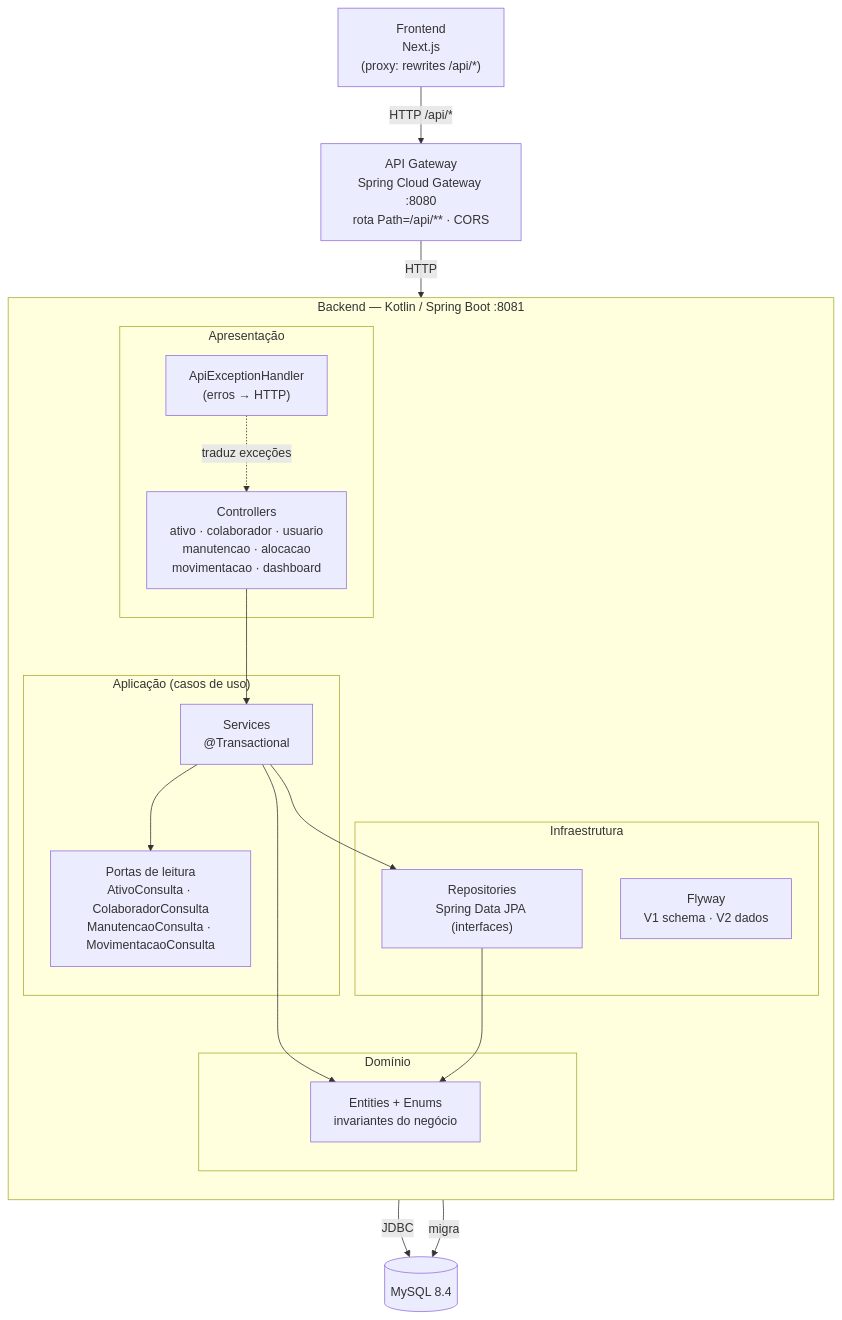
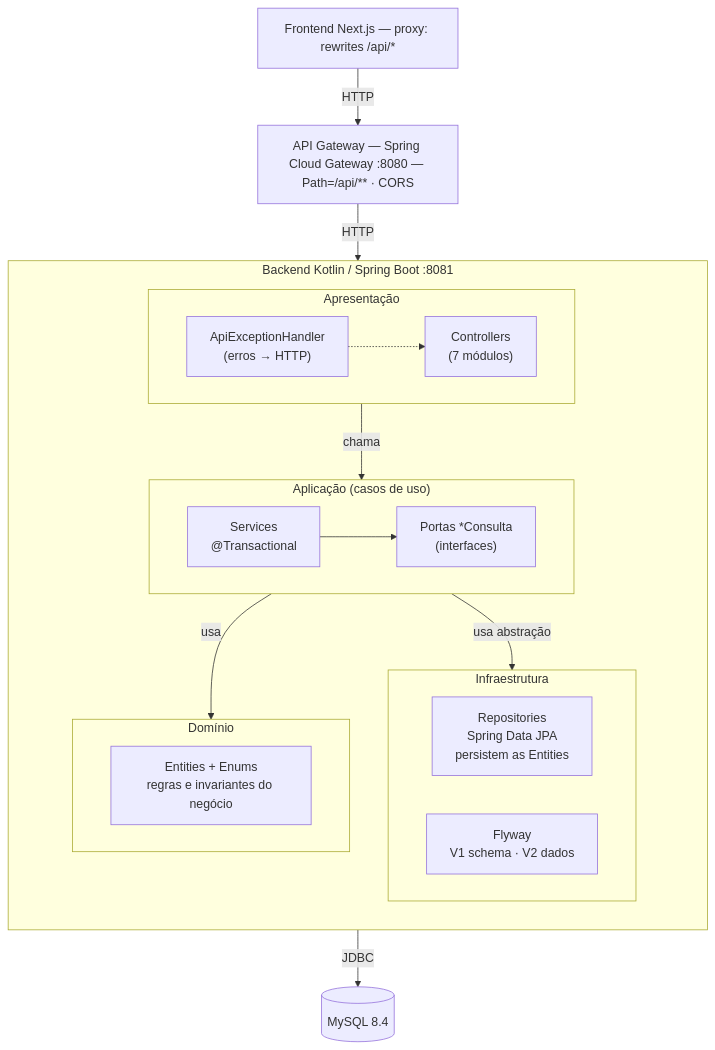
The third of 4 diagrams in docs/tde2/diagramas/diagramas-backend.md (FabioVisentainer/ativos-ti-pjbl), drawn with Mermaid before and after one commit.

Commit message:
docs: reorganiza os diagramas de camadas e de módulos para melhor legibilidade
Claude-Session: https://claude.ai/code/session_01AC9rKMySCP7XMCfU6qU1MM

````diff
--- a/docs/tde2/diagramas/diagramas-backend.md
+++ b/docs/tde2/diagramas/diagramas-backend.md
@@ -272,37 +272,39 @@
 ```mermaid
 flowchart TB
-    FE["Frontend<br/>Next.js<br/>(proxy: rewrites /api/*)"]
-    GW["API Gateway<br/>Spring Cloud Gateway :8080<br/>rota Path=/api/** · CORS"]
+    FE["Frontend Next.js — proxy: rewrites /api/*"]
+    GW["API Gateway — Spring Cloud Gateway :8080 — Path=/api/** · CORS"]
 
-    subgraph BE["Backend — Kotlin / Spring Boot :8081"]
+    subgraph BE["Backend Kotlin / Spring Boot :8081"]
         direction TB
         subgraph PRES["Apresentação"]
-            CTRL["Controllers<br/>ativo · colaborador · usuario<br/>manutencao · alocacao<br/>movimentacao · dashboard"]
+            direction LR
+            CTRL["Controllers<br/>(7 módulos)"]
             EXH["ApiExceptionHandler<br/>(erros → HTTP)"]
+            EXH -.-> CTRL
         end
         subgraph APP["Aplicação (casos de uso)"]
+            direction LR
             SVC["Services<br/>@Transactional"]
-            PORT["Portas de leitura<br/>AtivoConsulta · ColaboradorConsulta<br/>ManutencaoConsulta · MovimentacaoConsulta"]
+            PORT["Portas *Consulta<br/>(interfaces)"]
+            SVC --> PORT
+        end
+        subgraph INFRA["Infraestrutura"]
+            direction LR
+            REPO["Repositories<br/>Spring Data JPA<br/>persistem as Entities"]
+            FLY["Flyway<br/>V1 schema · V2 dados"]
         end
         subgraph DOM["Domínio"]
-            ENT["Entities + Enums<br/>invariantes do negócio"]
-        end
-        subgraph INFRA["Infraestrutura"]
-            REPO["Repositories<br/>Spring Data JPA (interfaces)"]
-            FLY["Flyway<br/>V1 schema · V2 dados"]
+            direction LR
+            ENT["Entities + Enums<br/>regras e invariantes do negócio"]
         end
     end
 
     DB[("MySQL 8.4")]
 
-    FE -->|HTTP /api/*| GW
-    GW -->|HTTP| CTRL
-    CTRL --> SVC
-    EXH -.->|traduz exceções| CTRL
-    SVC --> PORT
-    SVC --> REPO
-    SVC --> ENT
-    REPO --> ENT
-    REPO -->|JDBC| DB
-    FLY -->|migra| DB
+    FE -->|HTTP| GW
+    GW -->|HTTP| PRES
+    PRES -->|chama| APP
+    APP -->|usa abstração| INFRA
+    APP -->|usa| DOM
+    INFRA -->|JDBC| DB
 ```
````
